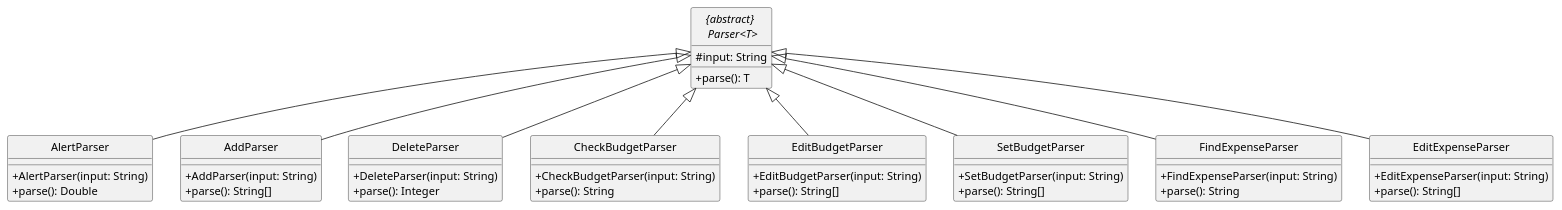
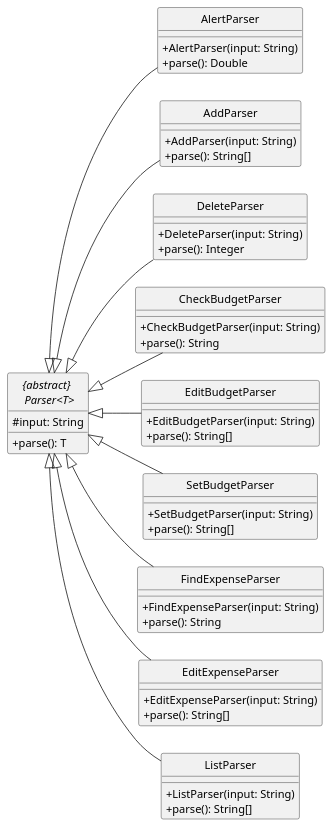
Before and after one commit to AY2425S2-CS2113-T12-4/tp: the diagram in docs/diagrams/ParserClassDiagram.puml, drawn with PlantUML. The commit also changed 6 other files, not shown here.

```diff
--- a/docs/diagrams/ParserClassDiagram.puml
+++ b/docs/diagrams/ParserClassDiagram.puml
@@ -1,58 +1,65 @@
 @startuml
+left to right direction
 hide circle
 skinparam classAttributeIconSize 0
 
 abstract  "{abstract} \n Parser<T>" {
     # input: String
     + parse(): T
 }
 
 class "AlertParser" {
     + AlertParser(input: String)
     + parse(): Double
 }
 
 class "AddParser" {
     + AddParser(input: String)
     + parse(): String[]
 }
 
 class "DeleteParser" {
     + DeleteParser(input: String)
     + parse(): Integer
 }
 
 class "CheckBudgetParser" {
     + CheckBudgetParser(input: String)
     + parse(): String
 }
 
 class "EditBudgetParser" {
     + EditBudgetParser(input: String)
     + parse(): String[]
 }
 
 class "SetBudgetParser" {
     + SetBudgetParser(input: String)
     + parse(): String[]
 }
 
 class "FindExpenseParser" {
     + FindExpenseParser(input: String)
     + parse(): String
 }
 
 class "EditExpenseParser" {
     + EditExpenseParser(input: String)
     + parse(): String[]
 }
 
+class "ListParser" {
+    + ListParser(input: String)
+    + parse(): String[]
+}
+
 "{abstract} \n Parser<T>" <|-- "AlertParser"
 "{abstract} \n Parser<T>" <|-- "AddParser"
 "{abstract} \n Parser<T>" <|-- "DeleteParser"
 "{abstract} \n Parser<T>" <|-- "CheckBudgetParser"
 "{abstract} \n Parser<T>" <|-- "EditBudgetParser"
 "{abstract} \n Parser<T>" <|-- "SetBudgetParser"
 "{abstract} \n Parser<T>" <|-- "FindExpenseParser"
 "{abstract} \n Parser<T>" <|-- "EditExpenseParser"
+"{abstract} \n Parser<T>" <|-- "ListParser"
 @enduml
```
